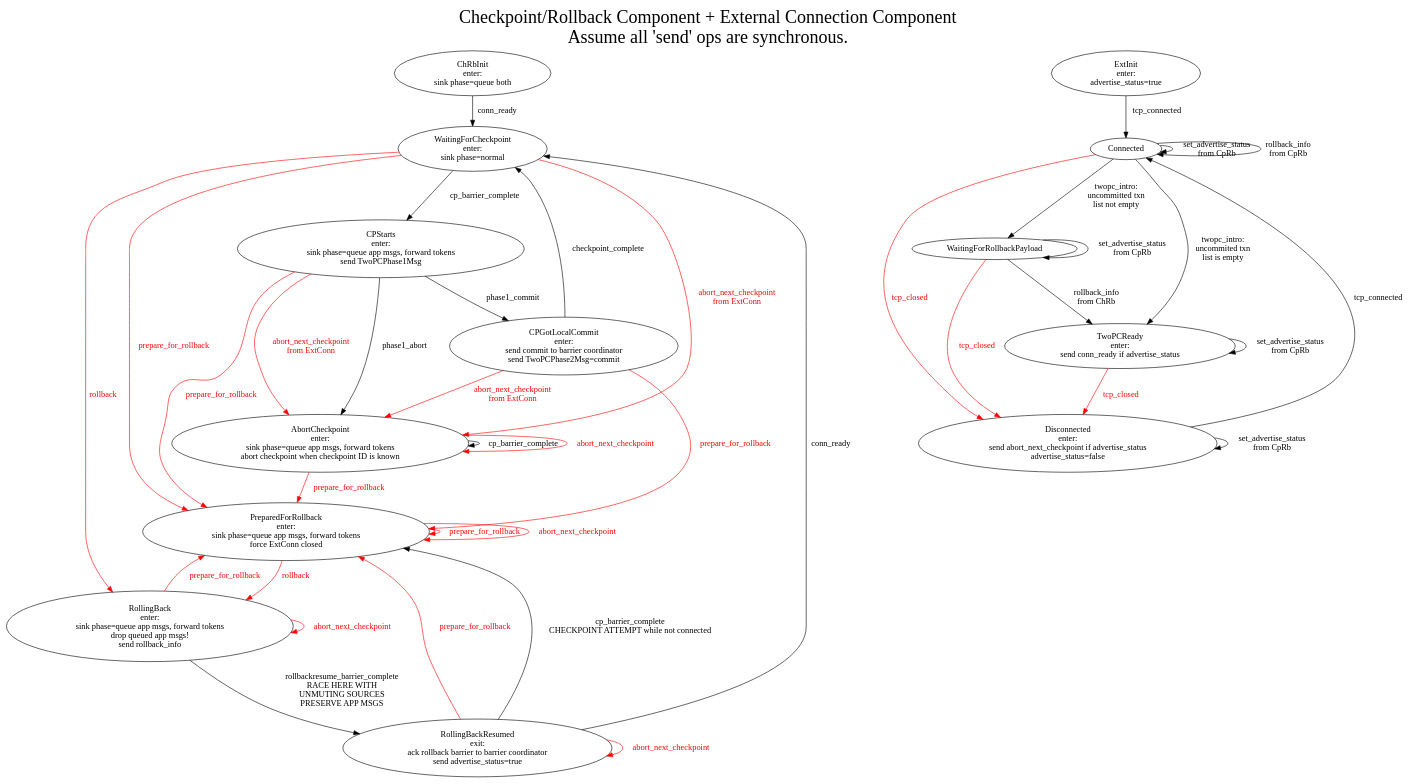
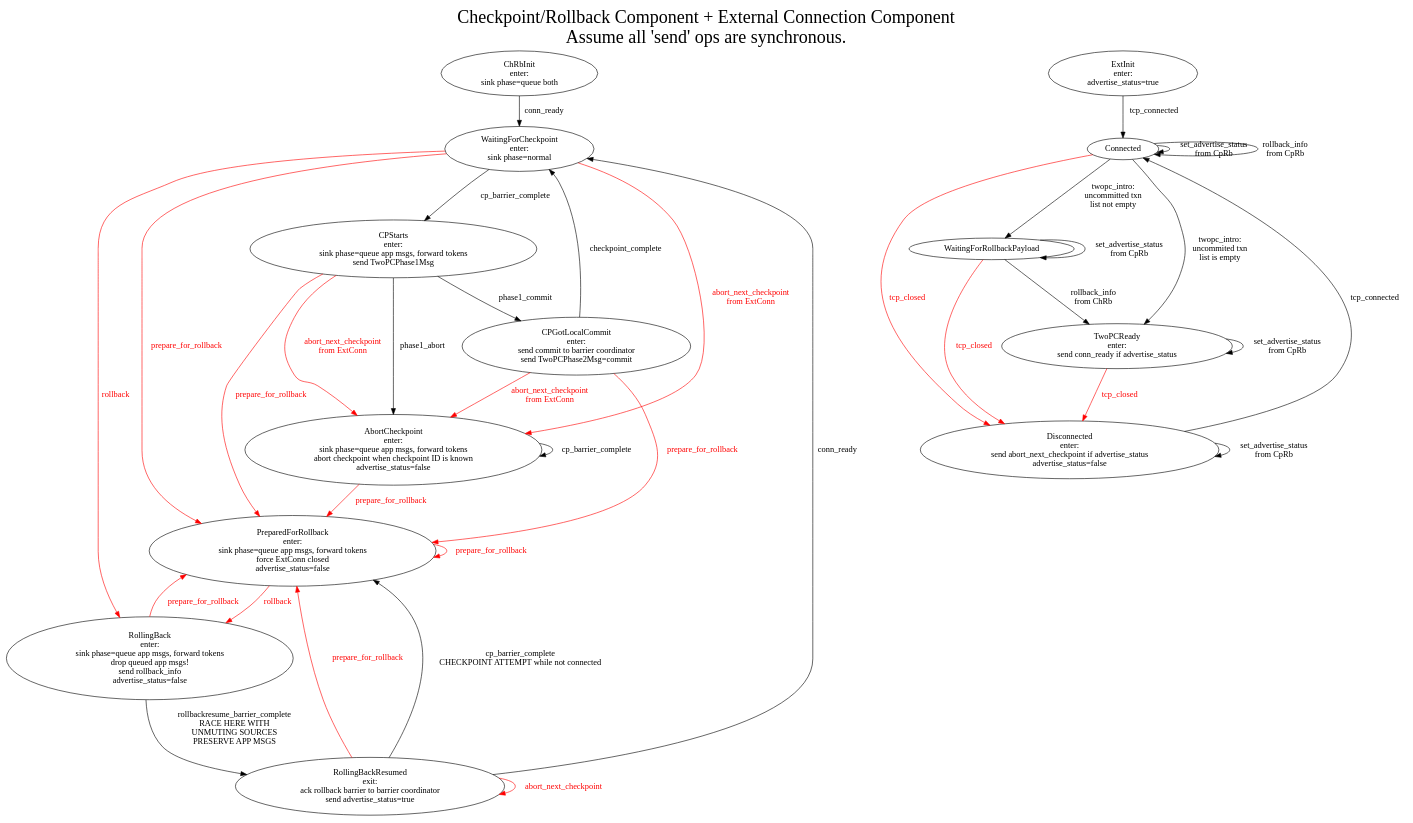
The diagram in lib/wallaroo/core/sink/connector_sink/connector-sink-2pc-management.dot (WallarooLabs/wally), drawn with Graphviz before and after one commit. The commit also changed 1 other file, not shown here.

Commit message:
WIP: clean up sink.cprb_send_advertise_status + FSM diagram updating

```diff
--- a/lib/wallaroo/core/sink/connector_sink/connector-sink-2pc-management.dot
+++ b/lib/wallaroo/core/sink/connector_sink/connector-sink-2pc-management.dot
@@ -1,89 +1,86 @@
 digraph mashup {
     graph [label="Checkpoint/Rollback Component + External Connection Component\nAssume all 'send' ops are synchronous.",labelloc=t,fontsize=30];
 
     ## BEGIN LEFT
     subgraph checkpoint_rollback_component {
 	graph [label="SUB Checkpoint/Rollback Component",labelloc=t,fontsize=20];
 
 	// Subgraphs
 	subgraph init {
             ChRbInit [label="ChRbInit\nenter:\nsink phase=queue both"];
 	}
 	subgraph cp {
             WaitingForCheckpoint [label="WaitingForCheckpoint\nenter:\nsink phase=normal"];
-            AbortCheckpoint [label="AbortCheckpoint\nenter:\nsink phase=queue app msgs, forward tokens\nabort checkpoint when checkpoint ID is known"];
+            AbortCheckpoint [label="AbortCheckpoint\nenter:\nsink phase=queue app msgs, forward tokens\nabort checkpoint when checkpoint ID is known\nadvertise_status=false"];
 	}
 	subgraph sacp {
             CPStarts [label="CPStarts\nenter:\nsink phase=queue app msgs, forward tokens\nsend TwoPCPhase1Msg"];
             CPGotLocalCommit [label="CPGotLocalCommit\nenter:\nsend commit to barrier coordinator\nsend TwoPCPhase2Msg=commit"];
             // CPGotGlobalVote; // Can we remove this node?
 
             CPStarts -> CPGotLocalCommit [label="phase1_commit"];
             CPStarts -> AbortCheckpoint [label="phase1_abort"];
             CPGotLocalCommit -> WaitingForCheckpoint [label="checkpoint_complete"];
 	}
 	subgraph rollback {
-            PreparedForRollback [label="PreparedForRollback\nenter:\nsink phase=queue app msgs, forward tokens\nforce ExtConn closed"];
-            RollingBack [label="RollingBack\nenter:\nsink phase=queue app msgs, forward tokens\ndrop queued app msgs!\nsend rollback_info"];
+            PreparedForRollback [label="PreparedForRollback\nenter:\nsink phase=queue app msgs, forward tokens\nforce ExtConn closed\nadvertise_status=false"];
+            RollingBack [label="RollingBack\nenter:\nsink phase=queue app msgs, forward tokens\ndrop queued app msgs!\nsend rollback_info\nadvertise_status=false"];
             RollingBackResumed [label="RollingBackResumed\nexit:\nack rollback barrier to barrier coordinator\nsend advertise_status=true"];
 
             PreparedForRollback -> PreparedForRollback [label="prepare_for_rollback",fontcolor=red,color=red];
-			PreparedForRollback -> PreparedForRollback [label="abort_next_checkpoint",fontcolor=red,color=red];
             PreparedForRollback -> RollingBack [label="rollback",fontcolor=red,color=red];
 	}
 
 	// Other Edges
 	ChRbInit -> WaitingForCheckpoint [label="conn_ready"];
 
 	WaitingForCheckpoint -> CPStarts [label="cp_barrier_complete"];
 	AbortCheckpoint -> AbortCheckpoint [label="cp_barrier_complete"];
-	AbortCheckpoint -> AbortCheckpoint [label="abort_next_checkpoint",fontcolor=red,color=red];
 
 	WaitingForCheckpoint -> PreparedForRollback [label="prepare_for_rollback",fontcolor=red,color=red];
 	AbortCheckpoint -> PreparedForRollback [label="prepare_for_rollback",fontcolor=red,color=red];
 	CPStarts -> PreparedForRollback [label="prepare_for_rollback",fontcolor=red,color=red];
 	CPGotLocalCommit -> PreparedForRollback [label="prepare_for_rollback",fontcolor=red,color=red];
 
 	WaitingForCheckpoint -> AbortCheckpoint [label="abort_next_checkpoint\nfrom ExtConn",fontcolor=red,color=red];
 	WaitingForCheckpoint -> RollingBack [label="rollback",fontcolor=red,color=red];
 	CPStarts -> AbortCheckpoint [label="abort_next_checkpoint\nfrom ExtConn",fontcolor=red,color=red];
 	CPGotLocalCommit -> AbortCheckpoint [label="abort_next_checkpoint\nfrom ExtConn",fontcolor=red,color=red];
 
-	RollingBack -> RollingBack [label="abort_next_checkpoint",fontcolor=red,color=red];
 	RollingBack -> RollingBackResumed [label="rollbackresume_barrier_complete\nRACE HERE WITH\nUNMUTING SOURCES\nPRESERVE APP MSGS"];
 	RollingBack -> PreparedForRollback [label="prepare_for_rollback",fontcolor=red,color=red];
 
 	RollingBackResumed -> RollingBackResumed [label="abort_next_checkpoint",fontcolor=red,color=red];
 	RollingBackResumed -> WaitingForCheckpoint [label="conn_ready"];
 	RollingBackResumed -> PreparedForRollback [label="prepare_for_rollback",fontcolor=red,color=red];
 	RollingBackResumed -> PreparedForRollback [label="cp_barrier_complete\nCHECKPOINT ATTEMPT while not connected"];
     }
     ## END LEFT
 
     ## BEGIN RIGHT
     subgraph external_connection_component {
         graph [label="External Connection Component",labelloc=t,fontsize=30];
 
         ExtInit [label="ExtInit\nenter:\nadvertise_status=true"];
         ExtInit -> Connected [label="tcp_connected"];
         Connected -> Disconnected [label="tcp_closed",fontcolor=red,color=red];
         Connected -> Connected [label="set_advertise_status\nfrom CpRb"];
         Connected -> Connected [label="rollback_info\nfrom CpRb"];
         Disconnected [label="Disconnected\nenter:\nsend abort_next_checkpoint if advertise_status\nadvertise_status=false"];
         Disconnected -> Connected [label="tcp_connected"];
         Disconnected -> Disconnected [label="set_advertise_status\nfrom CpRb"];
         Connected -> WaitingForRollbackPayload [label="twopc_intro:\nuncommitted txn\nlist not empty"];
         Connected -> TwoPCReady [label="twopc_intro:\nuncommited txn\nlist is empty"];
         WaitingForRollbackPayload -> TwoPCReady [label="rollback_info\nfrom ChRb"];
         WaitingForRollbackPayload -> WaitingForRollbackPayload [label="set_advertise_status\nfrom CpRb"];
         WaitingForRollbackPayload -> Disconnected [label="tcp_closed",fontcolor=red,color=red];
 
         TwoPCReady [label="TwoPCReady\nenter:\nsend conn_ready if advertise_status"]
         TwoPCReady -> Disconnected [label="tcp_closed",fontcolor=red,color=red];
         TwoPCReady -> TwoPCReady [label="set_advertise_status\nfrom CpRb"]
     }
     # END RIGHT
 
     {rank=same; ChRbInit; ExtInit; };
     ## {rank=same; Disconnected; RollingBack; ; };
 }
```
